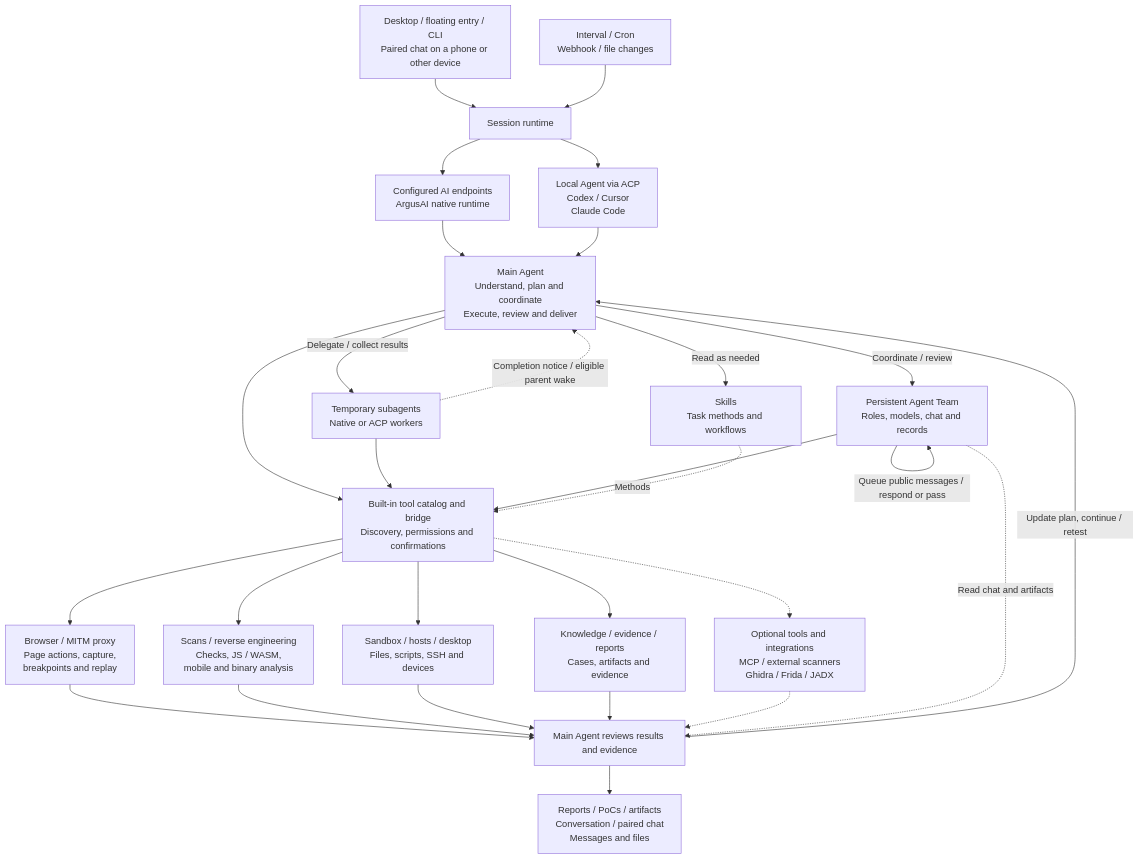
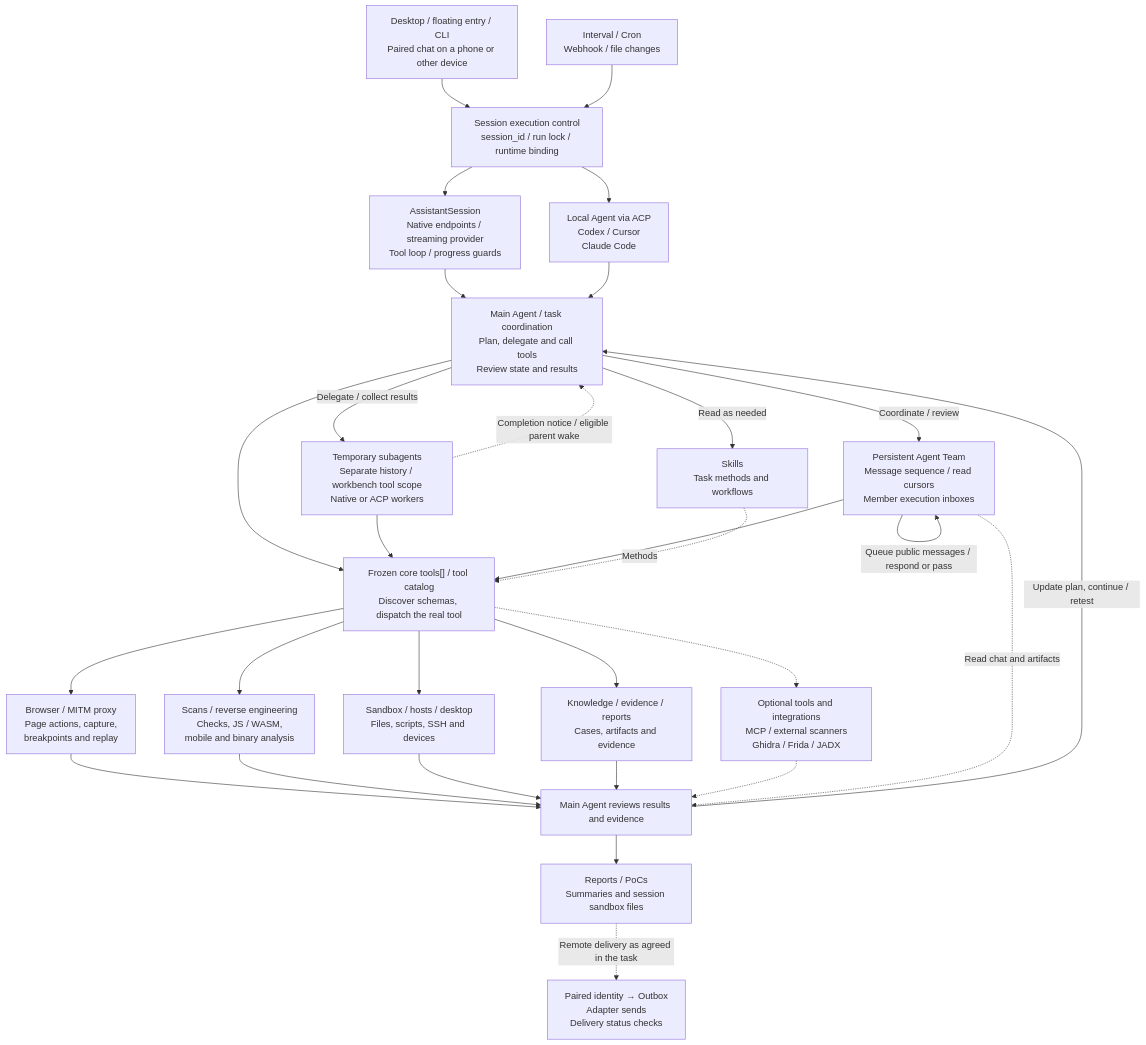
Before and after one commit to HG-ha/Argusai: the first of 3 diagrams in README.en.md, drawn with Mermaid. The commit also changed other lines of this file and 19 other files, not shown here.

Commit message:
docs: complete CLI examples and illustrated desktop guide

````diff
--- a/README.en.md
+++ b/README.en.md
@@ -44,33 +44,34 @@
 ```mermaid
 flowchart TB
-    Input["Desktop / floating entry / CLI<br/>Paired chat on a phone or other device"] --> Session["Session runtime"]
+    Input["Desktop / floating entry / CLI<br/>Paired chat on a phone or other device"] --> Session["Session execution control<br/>session_id / run lock / runtime binding"]
     Events["Interval / Cron<br/>Webhook / file changes"] --> Session
-    Session --> Native["Configured AI endpoints<br/>ArgusAI native runtime"]
+    Session --> Native["AssistantSession<br/>Native endpoints / streaming provider<br/>Tool loop / progress guards"]
     Session --> ACP["Local Agent via ACP<br/>Codex / Cursor<br/>Claude Code"]
-    Native --> Main["Main Agent<br/>Understand, plan and coordinate<br/>Execute, review and deliver"]
+    Native --> Main["Main Agent / task coordination<br/>Plan, delegate and call tools<br/>Review state and results"]
     ACP --> Main
 
-    Main -->|Delegate / collect results| Sub["Temporary subagents<br/>Native or ACP workers"]
-    Main -->|Coordinate / review| Team["Persistent Agent Team<br/>Roles, models, chat and records"]
+    Main -->|Delegate / collect results| Sub["Temporary subagents<br/>Separate history / workbench tool scope<br/>Native or ACP workers"]
+    Main -->|Coordinate / review| Team["Persistent Agent Team<br/>Message sequence / read cursors<br/>Member execution inboxes"]
     Main -->|Read as needed| Skills["Skills<br/>Task methods and workflows"]
-    Main --> Tools["Built-in tool catalog and bridge<br/>Discovery, permissions and confirmations"]
+    Main --> Tools["Frozen core tools[] / tool catalog<br/>Discover schemas, dispatch the real tool"]
     Sub --> Tools
     Team --> Tools
     Skills -.->|Methods| Tools
 
     Tools --> Web["Browser / MITM proxy<br/>Page actions, capture,<br/>breakpoints and replay"]
     Tools --> Analysis["Scans / reverse engineering<br/>Checks, JS / WASM,<br/>mobile and binary analysis"]
     Tools --> Execution["Sandbox / hosts / desktop<br/>Files, scripts, SSH and devices"]
     Tools --> Knowledge["Knowledge / evidence / reports<br/>Cases, artifacts and evidence"]
     Tools -.-> Extensions["Optional tools and integrations<br/>MCP / external scanners<br/>Ghidra / Frida / JADX"]
     Web --> Review["Main Agent reviews results and evidence"]
     Analysis --> Review
     Execution --> Review
     Knowledge --> Review
     Extensions -.-> Review
-    Review --> Delivery["Reports / PoCs / artifacts<br/>Conversation / paired chat<br/>Messages and files"]
+    Review --> Delivery["Reports / PoCs<br/>Summaries and session sandbox files"]
+    Delivery -.->|Remote delivery as agreed in the task| Outbox["Paired identity → Outbox<br/>Adapter sends<br/>Delivery status checks"]
     Review -->|Update plan, continue / retest| Main
     Sub -.->|Completion notice / eligible parent wake| Main
     Team -->|Queue public messages / respond or pass| Team
     Team -.->|Read chat and artifacts| Review
 ```
````
